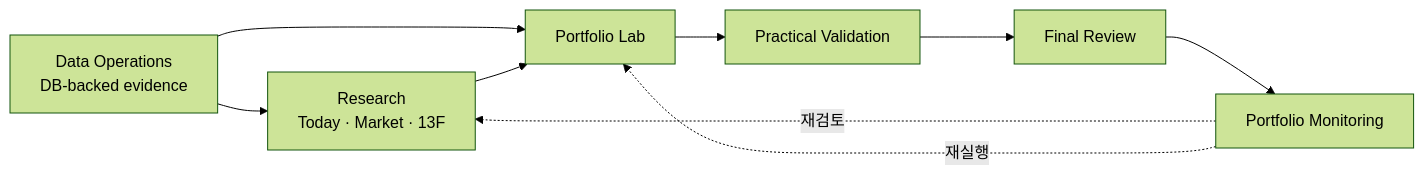
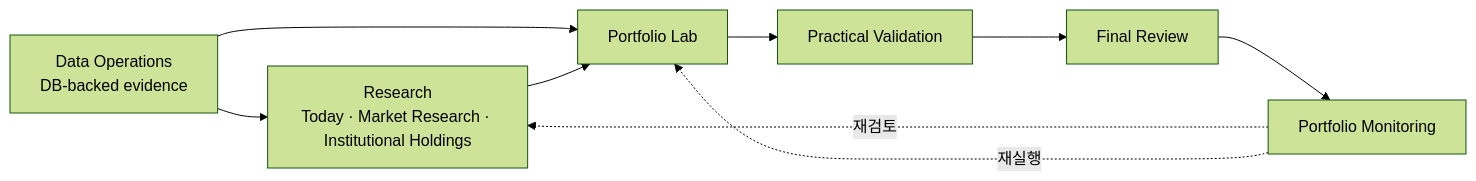
Before and after one commit to KKangTaee/quant-data-pipeline: the first of 2 diagrams in README.md, drawn with Mermaid (forest theme). The commit also changed other lines of this file and 8 other files, not shown here.

````diff
--- a/README.md
+++ b/README.md
@@ -66,11 +66,11 @@
 ```mermaid
 flowchart LR
-    D["Data Operations<br/>DB-backed evidence"] --> R["Research<br/>Today · Market · 13F"]
+    D["Data Operations<br/>DB-backed evidence"] --> R["Research<br/>Today · Market Research · Institutional Holdings"]
     D --> L["Portfolio Lab"]
     R --> L
     L --> V["Practical Validation"]
     V --> F["Final Review"]
     F --> M["Portfolio Monitoring"]
     M -. "재검토" .-> R
     M -. "재실행" .-> L
 ```
````
